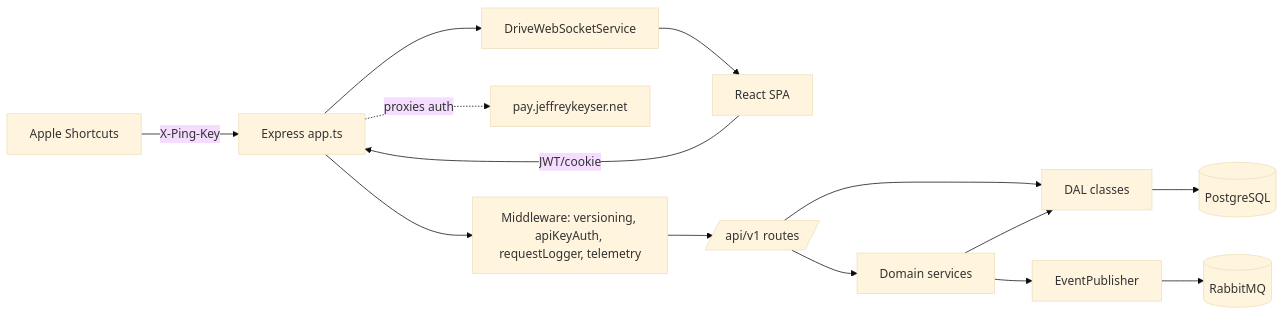
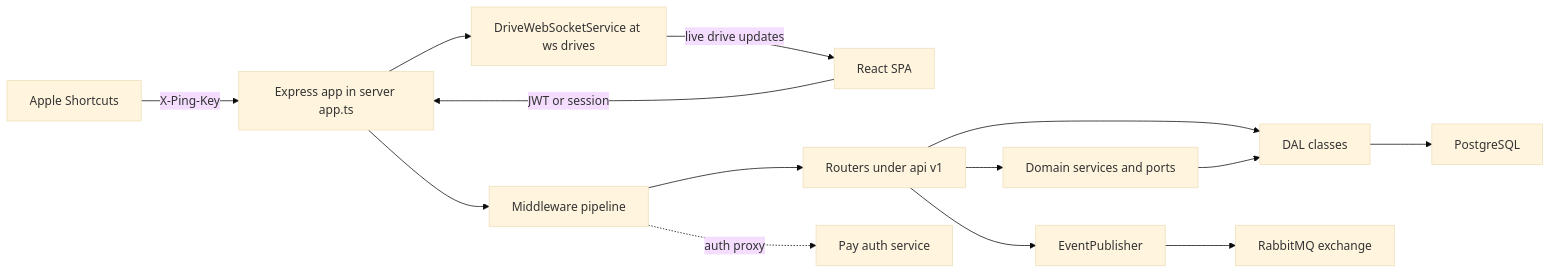
One commit to Jeffrey-Keyser/project-wiki changed the diagram in content/repos/Jeffrey-Keyser-ping/Architecture.md. Above: the diagram before and after it, drawn with Mermaid (base theme). The commit also changed other lines of this file and 150 other files, not shown here.

````diff
--- a/content/repos/Jeffrey-Keyser-ping/Architecture.md
+++ b/content/repos/Jeffrey-Keyser-ping/Architecture.md
@@ -10,16 +10,28 @@
 ```mermaid
 flowchart LR
-  iOS[Apple Shortcuts] -- X-Ping-Key --> API
-  Browser[React SPA] -- JWT/cookie --> API
-  API[Express app.ts] --> MW[Middleware: versioning, apiKeyAuth, requestLogger, telemetry]
-  MW --> Routes[/api/v1 routes/]
-  Routes --> Domain[Domain services]
-  Routes --> DAL[DAL classes]
-  Domain --> DAL
-  DAL --> PG[(PostgreSQL)]
-  Domain --> EP[EventPublisher]
-  EP --> MQ[(RabbitMQ)]
-  API -.proxies auth.-> Pay[pay.jeffreykeyser.net]
-  API --> WS[DriveWebSocketService]
-  WS --> Browser
+  ios["Apple Shortcuts"]
+  spa["React SPA"]
+  api["Express app in server app.ts"]
+  mw["Middleware pipeline"]
+  v1["Routers under api v1"]
+  dom["Domain services and ports"]
+  dal["DAL classes"]
+  pg["PostgreSQL"]
+  pub["EventPublisher"]
+  mq["RabbitMQ exchange"]
+  ws["DriveWebSocketService at ws drives"]
+  pay["Pay auth service"]
+  ios -->|"X-Ping-Key"| api
+  spa -->|"JWT or session"| api
+  api --> mw
+  mw --> v1
+  v1 --> dom
+  v1 --> dal
+  dom --> dal
+  dal --> pg
+  v1 --> pub
+  pub --> mq
+  api --> ws
+  ws -->|"live drive updates"| spa
+  mw -.->|"auth proxy"| pay
 ```
````
